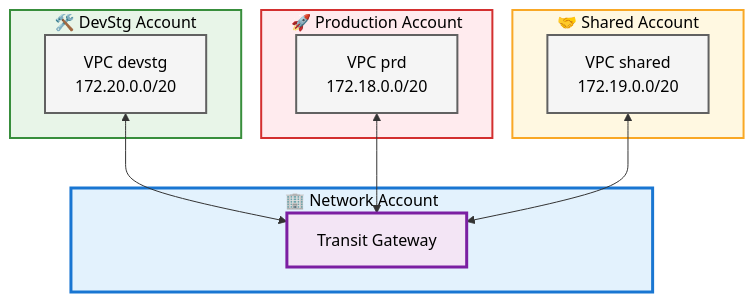
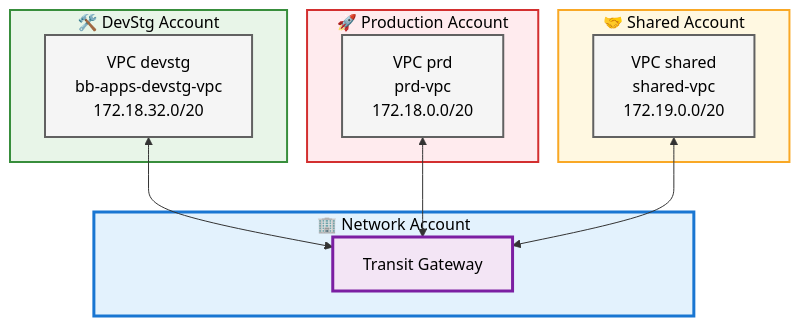
Before and after one commit to binbashar/le-tf-infra-aws: the third of 4 diagrams in network/base-network/README.md, drawn with Mermaid. The commit also changed other lines of this file and 45 other files, not shown here.

````diff
--- a/network/base-network/README.md
+++ b/network/base-network/README.md
@@ -132,35 +139,35 @@
 ```mermaid
 graph TB
     subgraph Network["🏢 Network Account"]
         TGW["Transit Gateway"]
     end
     
     subgraph DevStg["🛠️ DevStg Account"]
-        VPC1["VPC devstg<br/>172.20.0.0/20"]
+        VPC1["VPC devstg<br/>bb-apps-devstg-vpc<br/>172.18.32.0/20"]
         VPC1 <--> TGW
     end
     
     subgraph Prd["🚀 Production Account"]
-        VPC2["VPC prd<br/>172.18.0.0/20"]
+        VPC2["VPC prd<br/>prd-vpc<br/>172.18.0.0/20"]
         VPC2 <--> TGW
     end
     
     subgraph Shared["🤝 Shared Account"]
-        VPC3["VPC shared<br/>172.19.0.0/20"]
+        VPC3["VPC shared<br/>shared-vpc<br/>172.19.0.0/20"]
         VPC3 <--> TGW
     end
     
     classDef network fill:#e3f2fd,stroke:#1976d2,stroke-width:3px,color:#000
     classDef devstg fill:#e8f5e8,stroke:#388e3c,stroke-width:2px,color:#000
     classDef prd fill:#ffebee,stroke:#d32f2f,stroke-width:2px,color:#000
     classDef shared fill:#fff8e1,stroke:#f9a825,stroke-width:2px,color:#000
     classDef tgw fill:#f3e5f5,stroke:#7b1fa2,stroke-width:3px,color:#000
     classDef vpc fill:#f5f5f5,stroke:#616161,stroke-width:2px,color:#000
     
     class Network network
     class DevStg devstg
     class Prd prd
     class Shared shared
     class TGW tgw
     class VPC1,VPC2,VPC3 vpc
 ```
````
